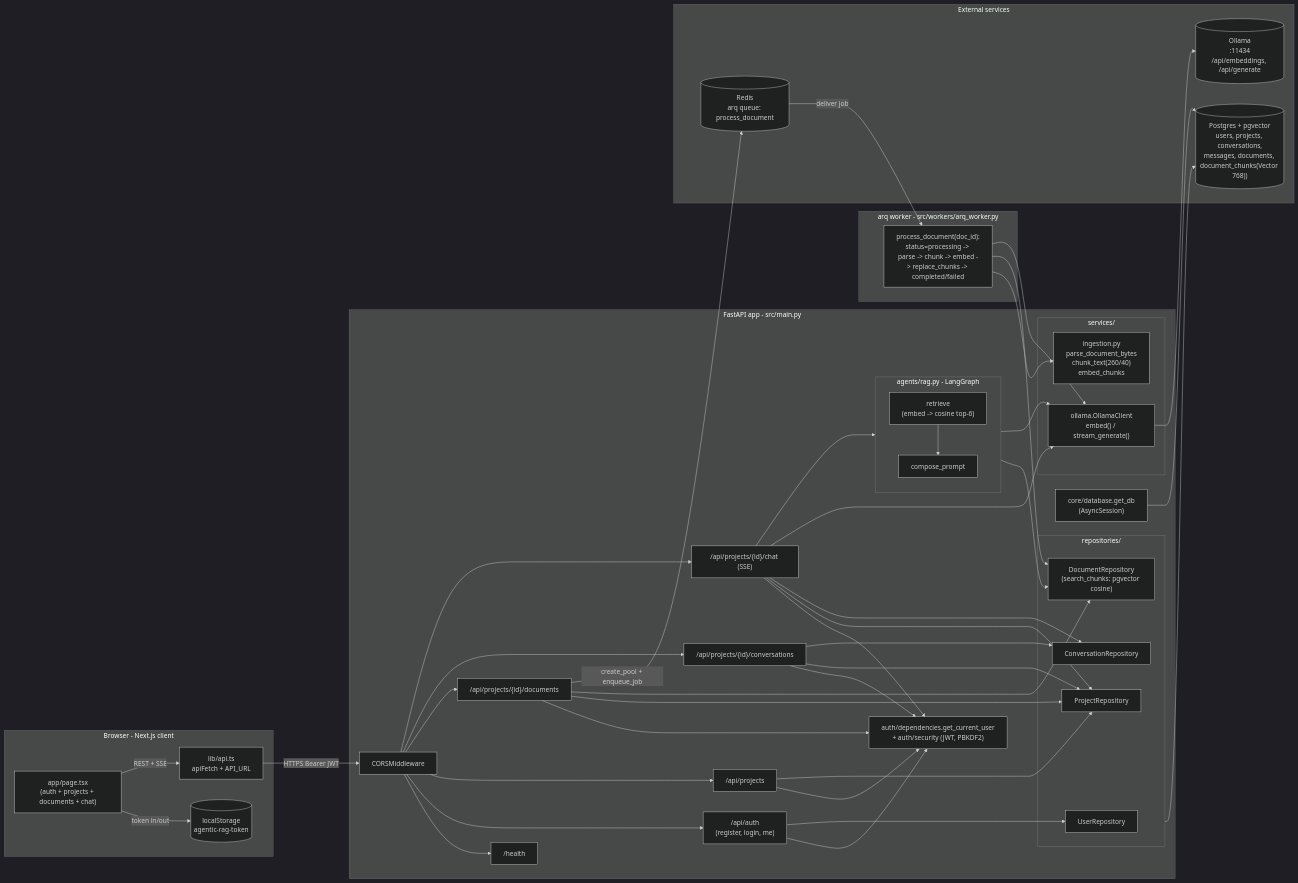
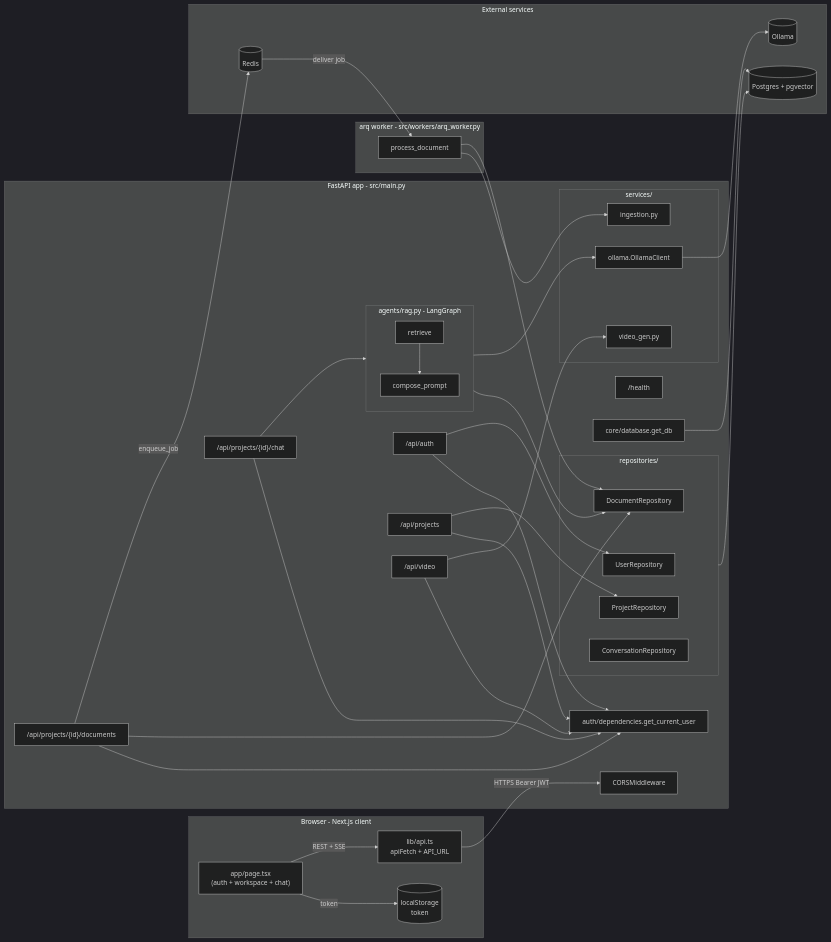
One commit to Tusharyadav21/artha changed the first of 3 diagrams in docs/architecture.md. Above: the diagram before and after it, drawn with Mermaid (dark theme). The commit also changed other lines of this file and 108 other files, not shown here.

Commit message:
feat: implement modular frontend UI components, integrate Redis client, and update backend dependencies.

````diff
--- a/docs/architecture.md
+++ b/docs/architecture.md
@@ -17,87 +11,74 @@
 ```mermaid
 flowchart LR
   subgraph BROWSER["Browser - Next.js client"]
-    UI["app/page.tsx<br/>(auth + projects + documents + chat)"]
+    UI["app/page.tsx<br/>(auth + workspace + chat)"]
     API["lib/api.ts<br/>apiFetch + API_URL"]
-    LS[("localStorage<br/>agentic-rag-token")]
-    UI -->|token in/out| LS
+    LS[("localStorage<br/>token")]
+    UI -->|token| LS
     UI -->|REST + SSE| API
   end
 
   subgraph BACKEND["FastAPI app - src/main.py"]
     CORS["CORSMiddleware"]
     R_HEALTH["/health"]
-    R_AUTH["/api/auth<br/>(register, login, me)"]
+    R_AUTH["/api/auth"]
     R_PROJ["/api/projects"]
     R_DOC["/api/projects/{id}/documents"]
-    R_CONV["/api/projects/{id}/conversations"]
-    R_CHAT["/api/projects/{id}/chat (SSE)"]
+    R_CHAT["/api/projects/{id}/chat"]
+    R_VIDEO["/api/video"]
 
-    AUTHDEP["auth/dependencies.get_current_user<br/>+ auth/security (JWT, PBKDF2)"]
-    DBDEP["core/database.get_db<br/>(AsyncSession)"]
+    AUTHDEP["auth/dependencies.get_current_user"]
+    DBDEP["core/database.get_db"]
 
     R_AUTH --> AUTHDEP
     R_PROJ --> AUTHDEP
     R_DOC --> AUTHDEP
-    R_CONV --> AUTHDEP
     R_CHAT --> AUTHDEP
+    R_VIDEO --> AUTHDEP
 
     subgraph REPOS["repositories/"]
       USERS["UserRepository"]
       PROJS["ProjectRepository"]
-      DOCS["DocumentRepository<br/>(search_chunks: pgvector cosine)"]
+      DOCS["DocumentRepository"]
       CONVS["ConversationRepository"]
     end
 
     subgraph SERVICES["services/"]
-      ING["ingestion.py<br/>parse_document_bytes<br/>chunk_text(260/40)<br/>embed_chunks"]
-      OLLAMA_C["ollama.OllamaClient<br/>embed() / stream_generate()"]
+      ING["ingestion.py"]
+      OLLAMA_C["ollama.OllamaClient"]
+      VID["video_gen.py"]
     end
 
     subgraph AGENT["agents/rag.py - LangGraph"]
-      N1["retrieve<br/>(embed -> cosine top-6)"]
+      N1["retrieve"]
       N2["compose_prompt"]
       N1 --> N2
     end
 
     R_AUTH --> USERS
     R_PROJ --> PROJS
-    R_DOC --> PROJS
     R_DOC --> DOCS
-    R_CONV --> PROJS
-    R_CONV --> CONVS
-    R_CHAT --> PROJS
-    R_CHAT --> CONVS
     R_CHAT --> AGENT
     AGENT --> DOCS
     AGENT --> OLLAMA_C
-    R_CHAT --> OLLAMA_C
+    R_VIDEO --> VID
   end
 
   subgraph WORKER["arq worker - src/workers/arq_worker.py"]
-    PD["process_document(doc_id):<br/>status=processing -> parse -> chunk -> embed -> replace_chunks -> completed/failed"]
+    PD["process_document"]
     PD --> ING
     PD --> DOCS
-    PD --> OLLAMA_C
   end
 
   subgraph DATA["External services"]
-    PG[("Postgres + pgvector<br/>users, projects, conversations,<br/>messages, documents, document_chunks(Vector 768))")]
-    REDIS[("Redis<br/>arq queue: process_document")]
-    OLLAMA[("Ollama<br/>:11434<br/>/api/embeddings, /api/generate")]
+    PG[("Postgres + pgvector")]
+    REDIS[("Redis")]
+    OLLAMA[("Ollama")]
   end
 
   API -->|HTTPS Bearer JWT| CORS
-  CORS --> R_HEALTH
-  CORS --> R_AUTH
-  CORS --> R_PROJ
-  CORS --> R_DOC
-  CORS --> R_CONV
-  CORS --> R_CHAT
-
-  R_DOC -->|create_pool + enqueue_job| REDIS
+  R_DOC -->|enqueue_job| REDIS
   REDIS -->|deliver job| PD
-
   REPOS --> PG
   OLLAMA_C --> OLLAMA
   DBDEP --> PG
````
